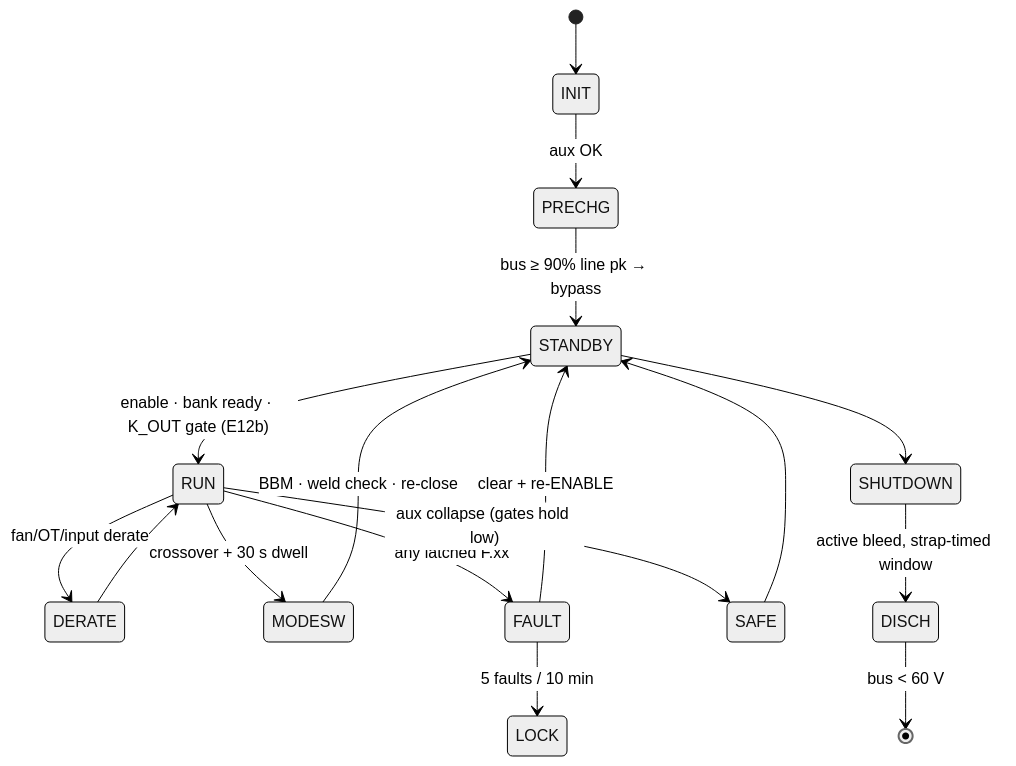
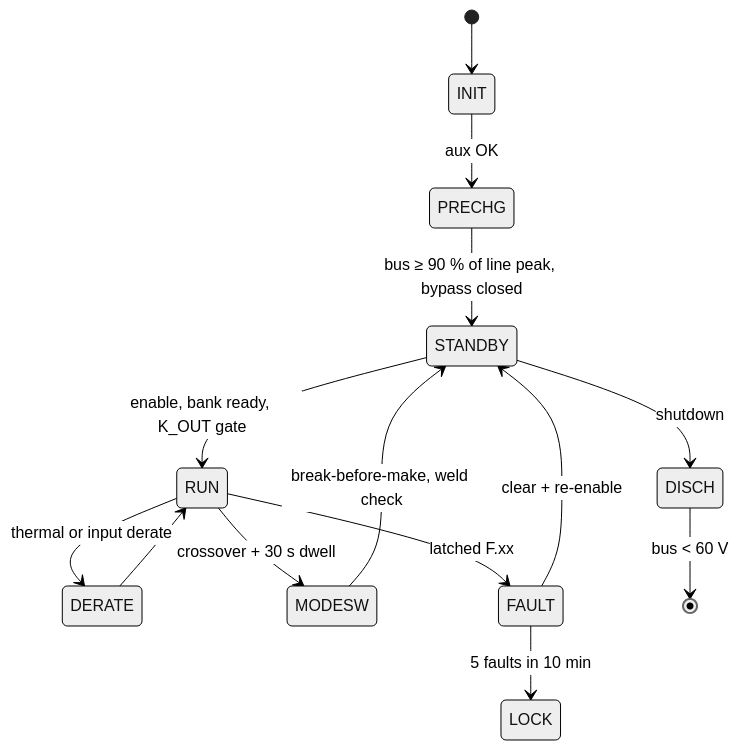
The fourth of 4 diagrams in README.md (vectivolt/DC-Modules), drawn with Mermaid (neutral theme) before and after one commit. The commit also changed other lines of this file and 98 other files, not shown here.

````diff
--- a/README.md
+++ b/README.md
@@ -276,19 +242,16 @@
 ```mermaid
 stateDiagram-v2
   [*] --> INIT
   INIT --> PRECHG : aux OK
-  PRECHG --> STANDBY : bus ≥ 90% line pk → bypass
-  STANDBY --> RUN : enable · bank ready · K_OUT gate (E12b)
-  RUN --> DERATE : fan/OT/input derate
+  PRECHG --> STANDBY : bus ≥ 90 % of line peak, bypass closed
+  STANDBY --> RUN : enable, bank ready, K_OUT gate
+  RUN --> DERATE : thermal or input derate
   DERATE --> RUN
   RUN --> MODESW : crossover + 30 s dwell
-  MODESW --> STANDBY : BBM · weld check · re-close
-  RUN --> FAULT : any latched F.xx
-  FAULT --> STANDBY : clear + re-ENABLE
-  FAULT --> LOCK : 5 faults / 10 min
-  RUN --> SAFE : aux collapse (gates hold low)
-  SAFE --> STANDBY
-  STANDBY --> SHUTDOWN
-  SHUTDOWN --> DISCH : active bleed, strap-timed window
+  MODESW --> STANDBY : break-before-make, weld check
+  RUN --> FAULT : latched F.xx
+  FAULT --> STANDBY : clear + re-enable
+  FAULT --> LOCK : 5 faults in 10 min
+  STANDBY --> DISCH : shutdown
   DISCH --> [*] : bus < 60 V
 ```
````
